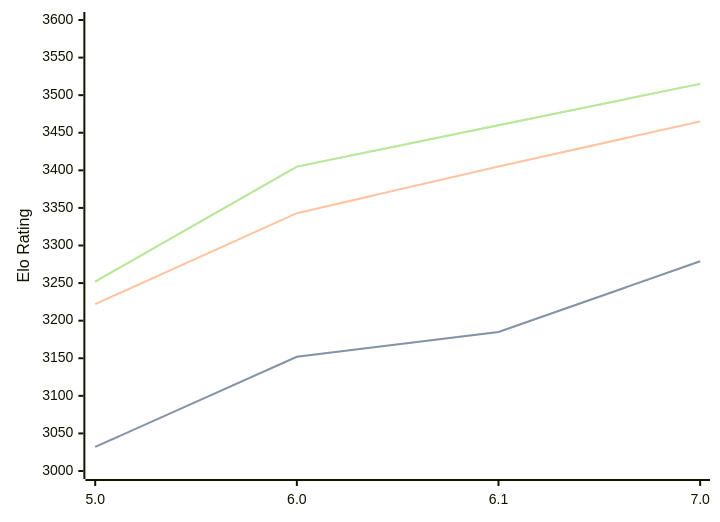
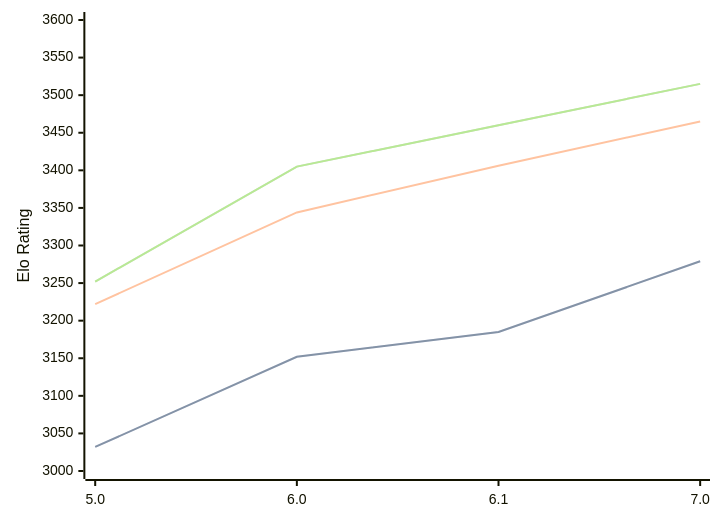
Before and after one commit to computer-chess-index/cci: the first of 3 diagrams in engines/PZChessBot.md, drawn with Mermaid. The commit also changed other lines of this file, not shown here.

````diff
--- a/engines/PZChessBot.md
+++ b/engines/PZChessBot.md
@@ -43,11 +43,11 @@
 ```mermaid
 %%{init: {"theme":"base","themeVariables":{"seriesColors:['#a3a3a3','#222221','#faa371']}}}%%
 xychart-beta
   x-axis ["5.0", "6.0", "6.1", "7.0"]
   y-axis "Elo Rating" 3000 --> 3600
   line "STC (8.0+0.08s)" [3032, 3152, 3185, 3279]
   line "STC (8.0+0.08s)" [3032, 3152, 3185, 3279]
-  line "LTC (60.0+0.60s)" [3222, 3343, 3405, 3465]
+  line "LTC (60.0+0.60s)" [3222, 3344, 3406, 3465]
   line "VLTC (2m24s+1.12s)" [3252, 3405, 3460, 3515]
   line "VLTC (2m24s+1.12s)" [3252, 3405, 3460, 3515]
 ```
````
